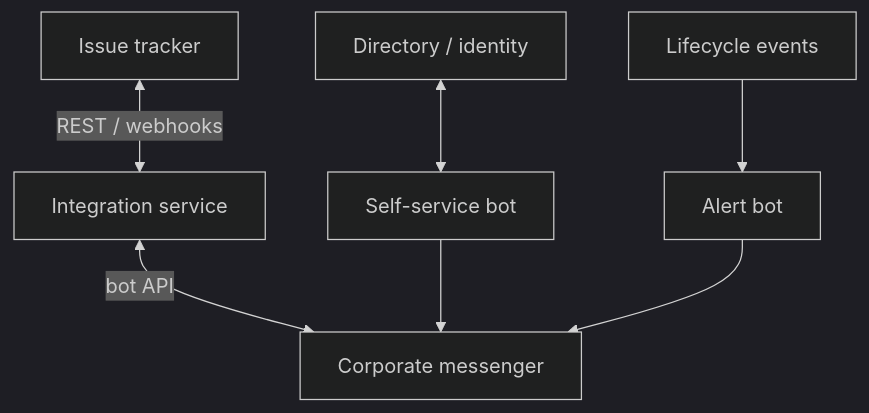
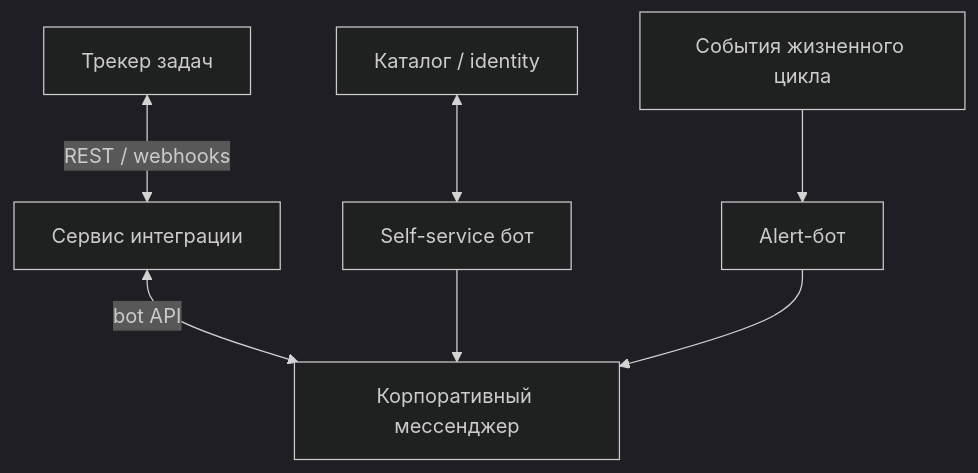
One commit to artyom-ai-dev/portfolio changed the second of 2 diagrams in README.md. Above: the diagram before and after it, drawn with Mermaid (dark theme). The commit also changed other lines of this file and 4 other files, not shown here.

````diff
--- a/README.md
+++ b/README.md
@@ -37,9 +37,9 @@
 ```mermaid
 flowchart TB
-  Tracker[Issue tracker] <-->|REST / webhooks| Bridge[Integration service]
-  Bridge <-->|bot API| Chat[Corporate messenger]
-  Directory[Directory / identity] <--> Bot[Self-service bot]
-  Events[Lifecycle events] --> Alerts[Alert bot]
+  Tracker[Трекер задач] <-->|REST / webhooks| Bridge[Сервис интеграции]
+  Bridge <-->|bot API| Chat[Корпоративный мессенджер]
+  Directory[Каталог / identity] <--> Bot[Self-service бот]
+  Events[События жизненного цикла] --> Alerts[Alert-бот]
   Bot --> Chat
   Alerts --> Chat
 ```
````
